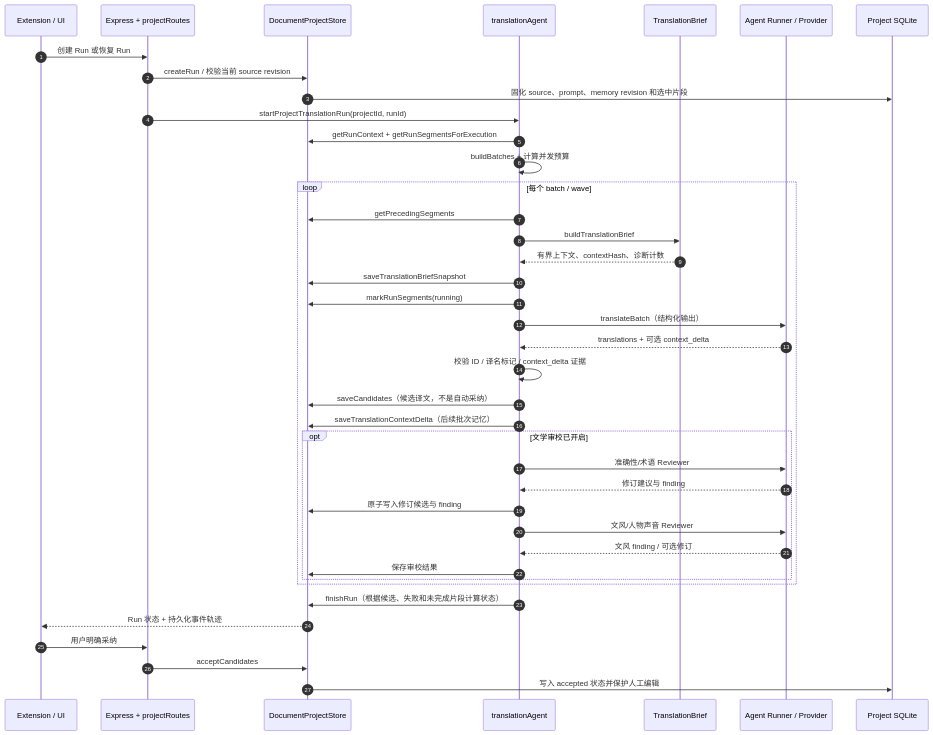
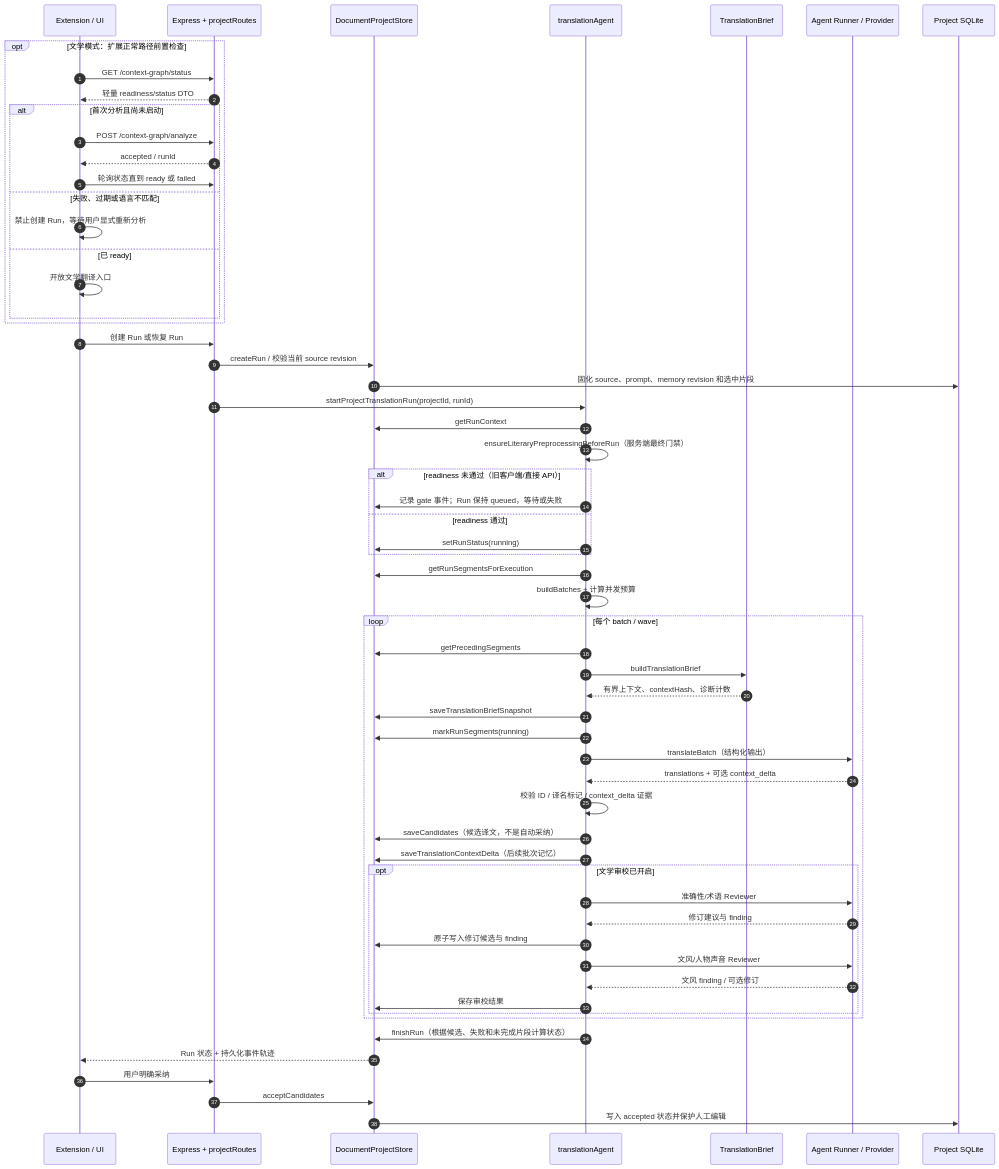
Before and after one commit to saga/vocal-saga: the second of 5 diagrams in docs/LOCAL_AGENT_SERVICE_ARCHITECTURE.md, drawn with Mermaid.

Commit message:
Complete preprocessing-first architecture and workflow documentation

````diff
--- a/docs/LOCAL_AGENT_SERVICE_ARCHITECTURE.md
+++ b/docs/LOCAL_AGENT_SERVICE_ARCHITECTURE.md
@@ -42,42 +42,62 @@
 ```mermaid
 sequenceDiagram
     autonumber
     participant UI as Extension / UI
     participant HTTP as Express + projectRoutes
     participant Store as DocumentProjectStore
     participant Agent as translationAgent
     participant Brief as TranslationBrief
     participant Model as Agent Runner / Provider
     participant DB as Project SQLite
+    opt 文学模式：扩展正常路径前置检查
+        UI->>HTTP: GET /context-graph/status
+        HTTP-->>UI: 轻量 readiness/status DTO
+        alt 首次分析且尚未启动
+            UI->>HTTP: POST /context-graph/analyze
+            HTTP-->>UI: accepted / runId
+            UI->>HTTP: 轮询状态直到 ready 或 failed
+        else 失败、过期或语言不匹配
+            UI->>UI: 禁止创建 Run，等待用户显式重新分析
+        else 已 ready
+            UI->>UI: 开放文学翻译入口
+        end
+    end
     UI->>HTTP: 创建 Run 或恢复 Run
     HTTP->>Store: createRun / 校验当前 source revision
     Store->>DB: 固化 source、prompt、memory revision 和选中片段
     HTTP->>Agent: startProjectTranslationRun(projectId, runId)
-    Agent->>Store: getRunContext + getRunSegmentsForExecution
+    Agent->>Store: getRunContext
+    Agent->>Agent: ensureLiteraryPreprocessingBeforeRun（服务端最终门禁）
+    alt readiness 未通过（旧客户端/直接 API）
+        Agent->>Store: 记录 gate 事件；Run 保持 queued，等待或失败
+    else readiness 通过
+        Agent->>Store: setRunStatus(running)
+    end
+    Agent->>Store: getRunSegmentsForExecution
     Agent->>Agent: buildBatches + 计算并发预算
     loop 每个 batch / wave
         Agent->>Store: getPrecedingSegments
         Agent->>Brief: buildTranslationBrief
         Brief-->>Agent: 有界上下文、contextHash、诊断计数
         Agent->>Store: saveTranslationBriefSnapshot
         Agent->>Store: markRunSegments(running)
         Agent->>Model: translateBatch（结构化输出）
         Model-->>Agent: translations + 可选 context_delta
         Agent->>Agent: 校验 ID / 译名标记 / context_delta 证据
         Agent->>Store: saveCandidates（候选译文，不是自动采纳）
         Agent->>Store: saveTranslationContextDelta（后续批次记忆）
         opt 文学审校已开启
             Agent->>Model: 准确性/术语 Reviewer
             Model-->>Agent: 修订建议与 finding
             Agent->>Store: 原子写入修订候选与 finding
             Agent->>Model: 文风/人物声音 Reviewer
             Model-->>Agent: 文风 finding / 可选修订
             Agent->>Store: 保存审校结果
         end
     end
     Agent->>Store: finishRun（根据候选、失败和未完成片段计算状态）
     Store-->>UI: Run 状态 + 持久化事件轨迹
     UI->>HTTP: 用户明确采纳
     HTTP->>Store: acceptCandidates
     Store->>DB: 写入 accepted 状态并保护人工编辑
 ```
````
